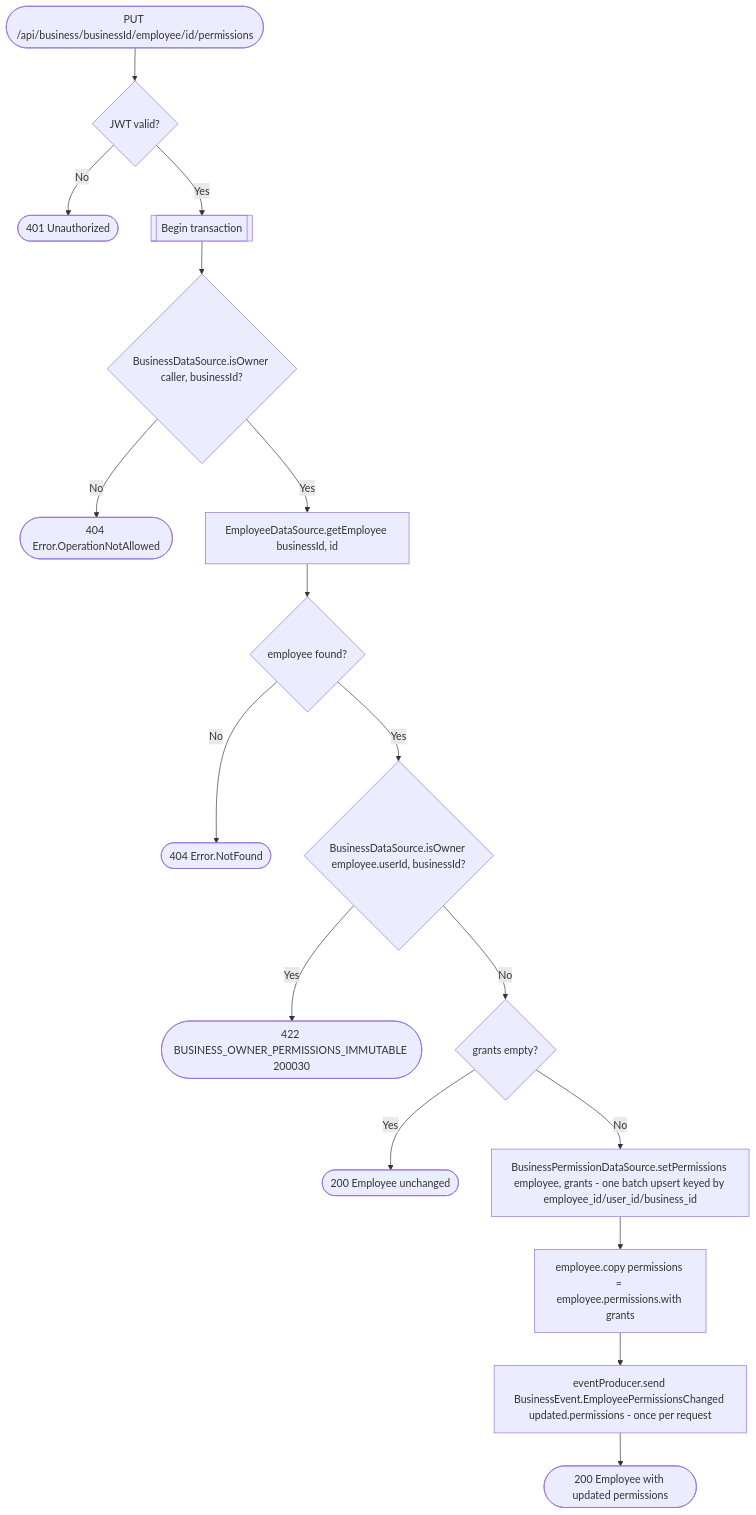
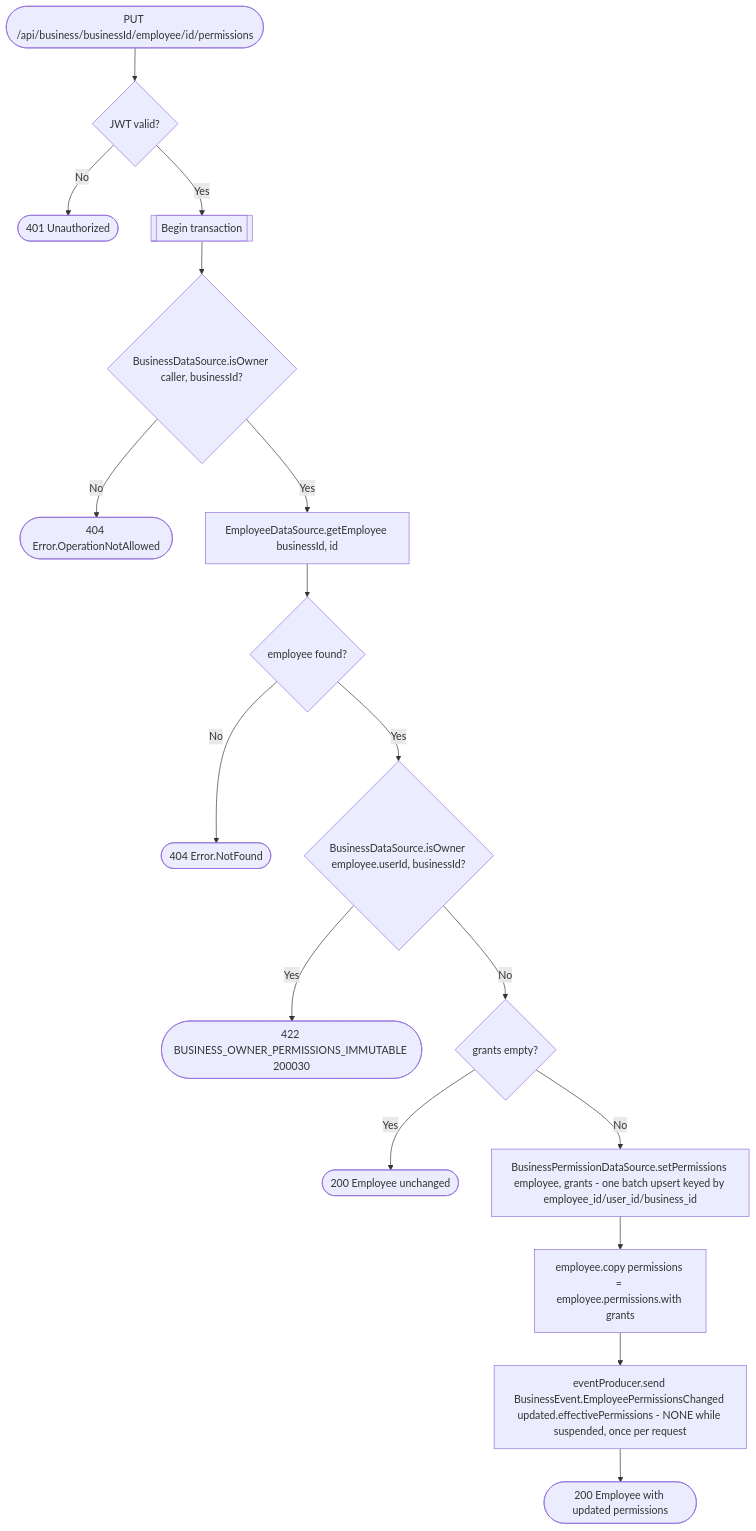
Before and after one commit to an22/bookk.me-backend: the diagram in docs/operations/business/set-employee-permissions.md, drawn with Mermaid. The commit also changed other lines of this file and 35 other files, not shown here.

````diff
--- a/docs/operations/business/set-employee-permissions.md
+++ b/docs/operations/business/set-employee-permissions.md
@@ -25,19 +29,19 @@
 ```mermaid
 flowchart TD
     Start([PUT /api/business/businessId/employee/id/permissions]) --> Auth{JWT valid?}
     Auth -- No --> R401([401 Unauthorized])
     Auth -- Yes --> Tx[[Begin transaction]]
     Tx --> PermCheck{BusinessDataSource.isOwner caller, businessId?}
     PermCheck -- No --> R404a([404 Error.OperationNotAllowed])
     PermCheck -- Yes --> Lookup[EmployeeDataSource.getEmployee businessId, id]
     Lookup --> Found{employee found?}
     Found -- No --> R404b([404 Error.NotFound])
     Found -- Yes --> Owner{BusinessDataSource.isOwner employee.userId, businessId?}
     Owner -- Yes --> R422o([422 BUSINESS_OWNER_PERMISSIONS_IMMUTABLE 200030])
     Owner -- No --> Empty{grants empty?}
     Empty -- Yes --> R200a([200 Employee unchanged])
     Empty -- No --> Set[BusinessPermissionDataSource.setPermissions employee, grants - one batch upsert keyed by employee_id/user_id/business_id]
     Set --> Merge[employee.copy permissions = employee.permissions.with grants]
-    Merge --> Event[eventProducer.send BusinessEvent.EmployeePermissionsChanged updated.permissions - once per request]
+    Merge --> Event[eventProducer.send BusinessEvent.EmployeePermissionsChanged updated.effectivePermissions - NONE while suspended, once per request]
     Event --> R200([200 Employee with updated permissions])
 ```
````
